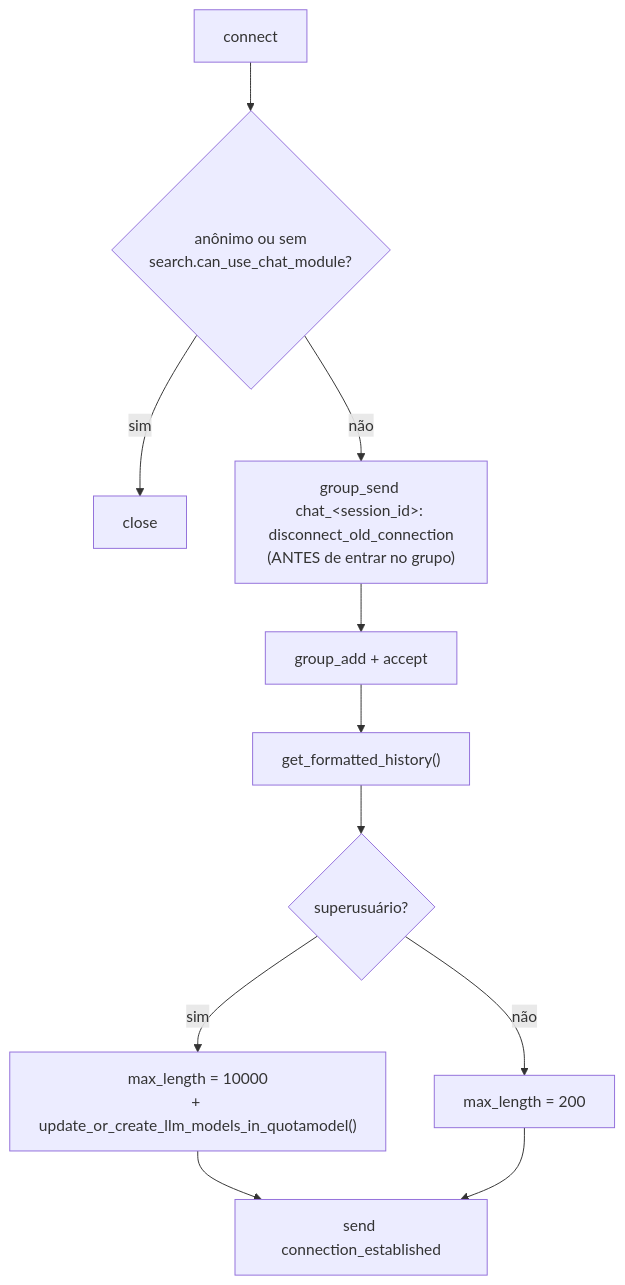
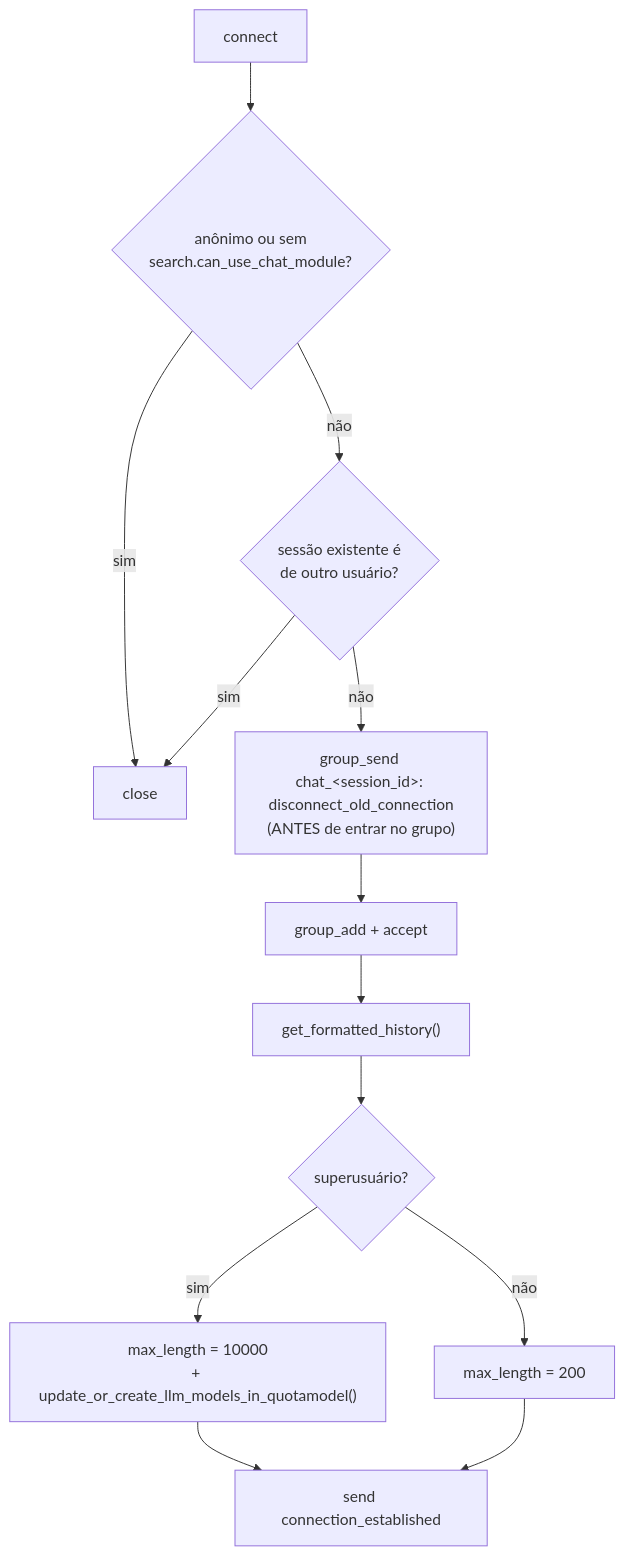
One commit to cmjatai/cmj changed the first of 2 diagrams in docs/rag/04-chat-websocket-e-llm.md. Above: the diagram before and after it, drawn with Mermaid. The commit also changed other lines of this file and 10 other files, not shown here.

````diff
--- a/docs/rag/04-chat-websocket-e-llm.md
+++ b/docs/rag/04-chat-websocket-e-llm.md
@@ -48,13 +48,15 @@
 ```mermaid
 flowchart TD
     A[connect] --> B{"anônimo ou sem<br/>search.can_use_chat_module?"}
     B -- sim --> X[close]
-    B -- não --> C["group_send chat_&lt;session_id&gt;: disconnect_old_connection<br/>(ANTES de entrar no grupo)"]
+    B -- não --> B2{"sessão existente é<br/>de outro usuário?"}
+    B2 -- sim --> X
+    B2 -- não --> C["group_send chat_&lt;session_id&gt;: disconnect_old_connection<br/>(ANTES de entrar no grupo)"]
     C --> D[group_add + accept]
     D --> E["get_formatted_history()"]
     E --> F{superusuário?}
     F -- sim --> G["max_length = 10000<br/>+ update_or_create_llm_models_in_quotamodel()"]
     F -- não --> H["max_length = 200"]
     G --> I[send connection_established]
     H --> I
 ```
````
